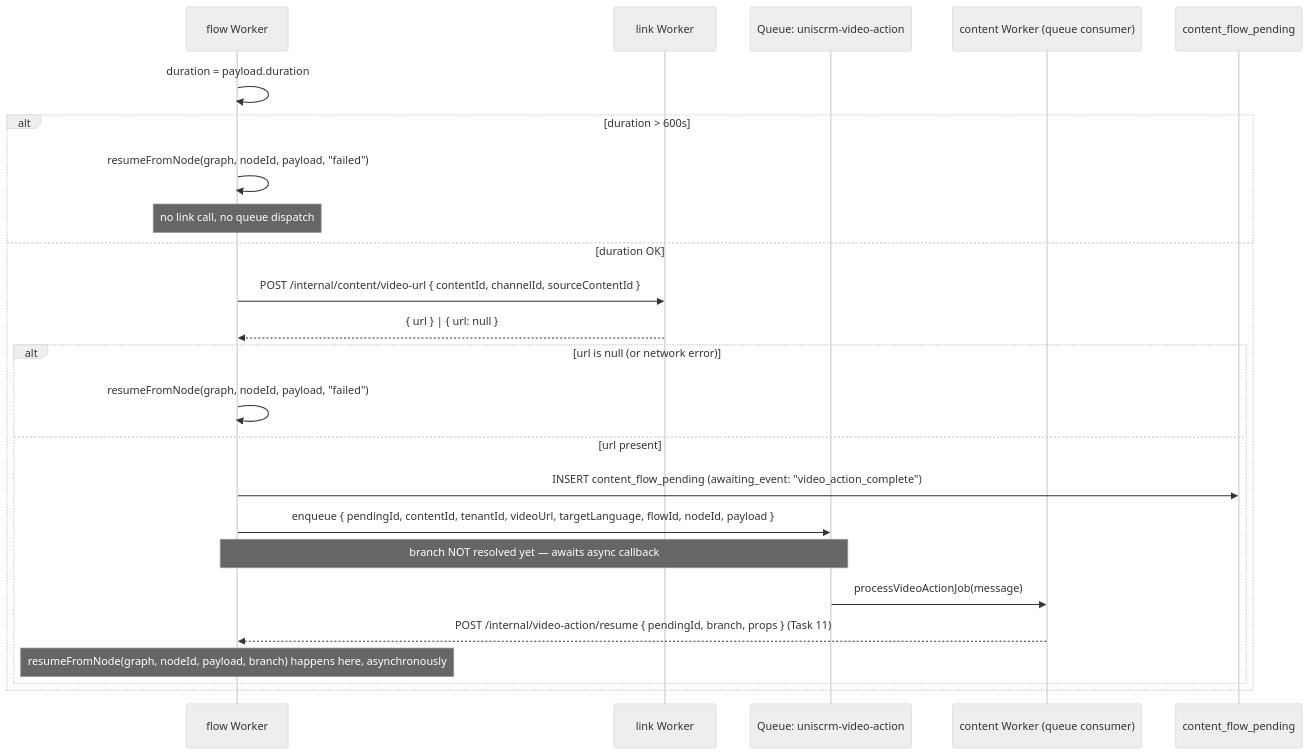
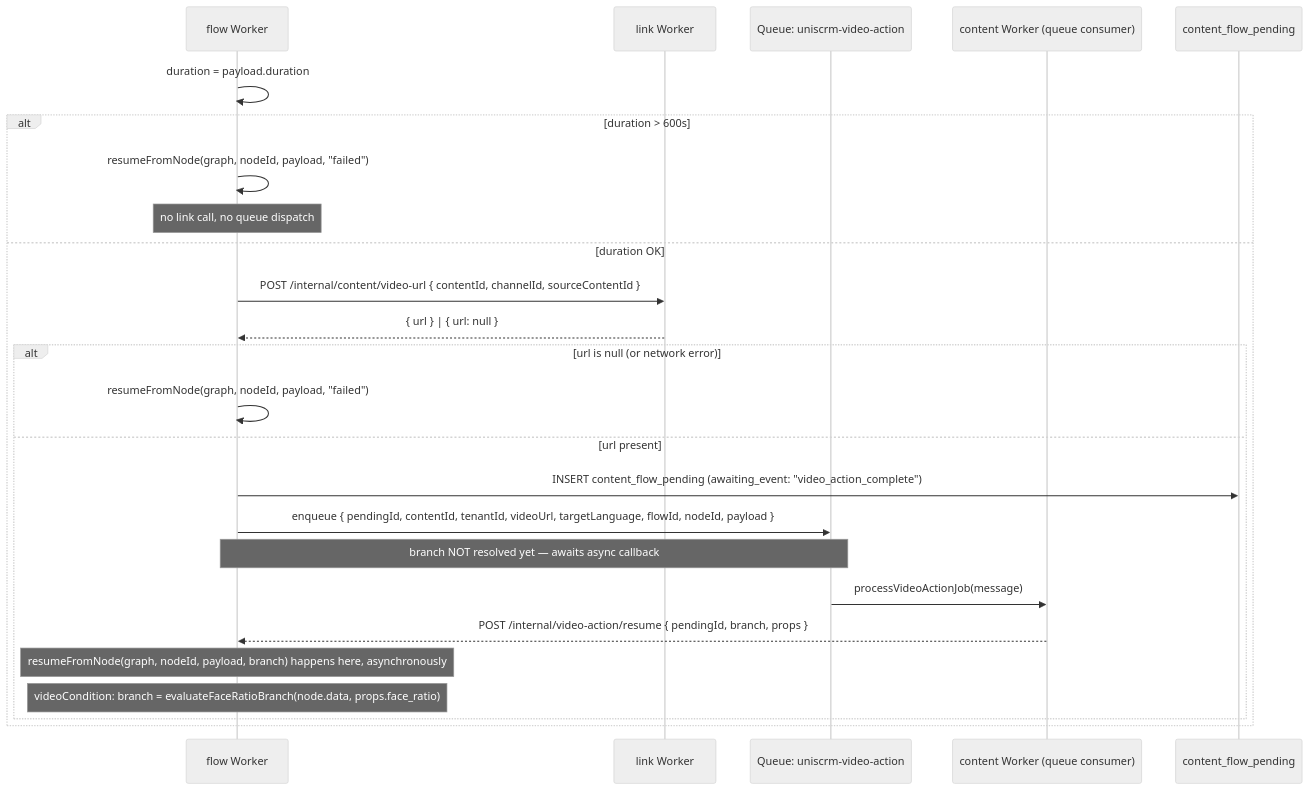
Before and after one commit to zcqqq/uniscrm-web: the fifth of 5 diagrams in flow/sequence.md, drawn with Mermaid (neutral theme). The commit also changed other lines of this file and 56 other files, not shown here.

First line of the commit message:
feat(flow,link): surface why a flow node failed; fix X Action channel

````diff
--- a/flow/sequence.md
+++ b/flow/sequence.md
@@ -139,27 +144,28 @@
 ```mermaid
 sequenceDiagram
     participant FW as flow Worker
     participant LW as link Worker
     participant Q as Queue: uniscrm-video-action
     participant CW as content Worker (queue consumer)
     participant CFP as content_flow_pending
 
     FW->>FW: duration = payload.duration
     alt duration > 600s
         FW->>FW: resumeFromNode(graph, nodeId, payload, "failed")
         Note over FW: no link call, no queue dispatch
     else duration OK
         FW->>LW: POST /internal/content/video-url { contentId, channelId, sourceContentId }
         LW-->>FW: { url } | { url: null }
         alt url is null (or network error)
             FW->>FW: resumeFromNode(graph, nodeId, payload, "failed")
         else url present
             FW->>CFP: INSERT content_flow_pending (awaiting_event: "video_action_complete")
             FW->>Q: enqueue { pendingId, contentId, tenantId, videoUrl, targetLanguage, flowId, nodeId, payload }
             Note over FW,Q: branch NOT resolved yet — awaits async callback
             Q->>CW: processVideoActionJob(message)
-            CW-->>FW: POST /internal/video-action/resume { pendingId, branch, props } (Task 11)
+            CW-->>FW: POST /internal/video-action/resume { pendingId, branch, props }
             Note over FW: resumeFromNode(graph, nodeId, payload, branch) happens here, asynchronously
+            Note over FW: videoCondition: branch = evaluateFaceRatioBranch(node.data, props.face_ratio)
         end
     end
 ```
````
